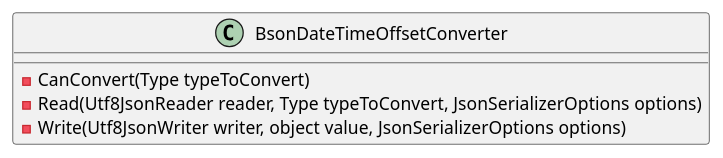
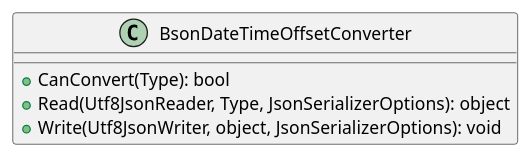
Before and after one commit to mwwhited-forks/dotnet-libs: the first of 5 diagrams in docs/generated/Framework/Eliassen.System/Text/Json/Documentation.md, drawn with PlantUML. The commit also changed other lines of this file and 444 other files, not shown here.

````diff
--- a/docs/generated/Framework/Eliassen.System/Text/Json/Documentation.md
+++ b/docs/generated/Framework/Eliassen.System/Text/Json/Documentation.md
@@ -13,10 +10,9 @@
 ```plantuml
 @startuml
 class BsonDateTimeOffsetConverter {
-  - CanConvert(Type typeToConvert)
-  - Read(Utf8JsonReader reader, Type typeToConvert, JsonSerializerOptions options)
-  - Write(Utf8JsonWriter writer, object value, JsonSerializerOptions options)
+  + CanConvert(Type): bool
+  + Read(Utf8JsonReader, Type, JsonSerializerOptions): object
+  + Write(Utf8JsonWriter, object, JsonSerializerOptions): void
 }
-
 @enduml
 ```
````
